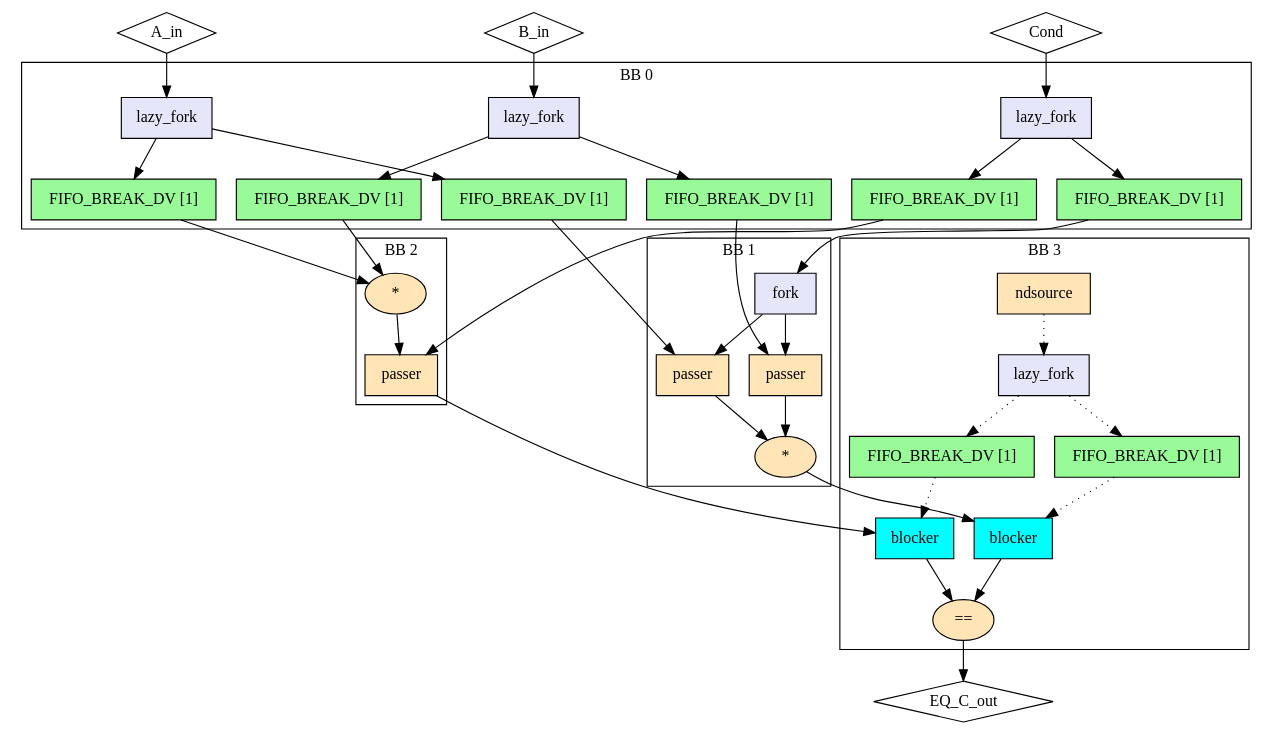
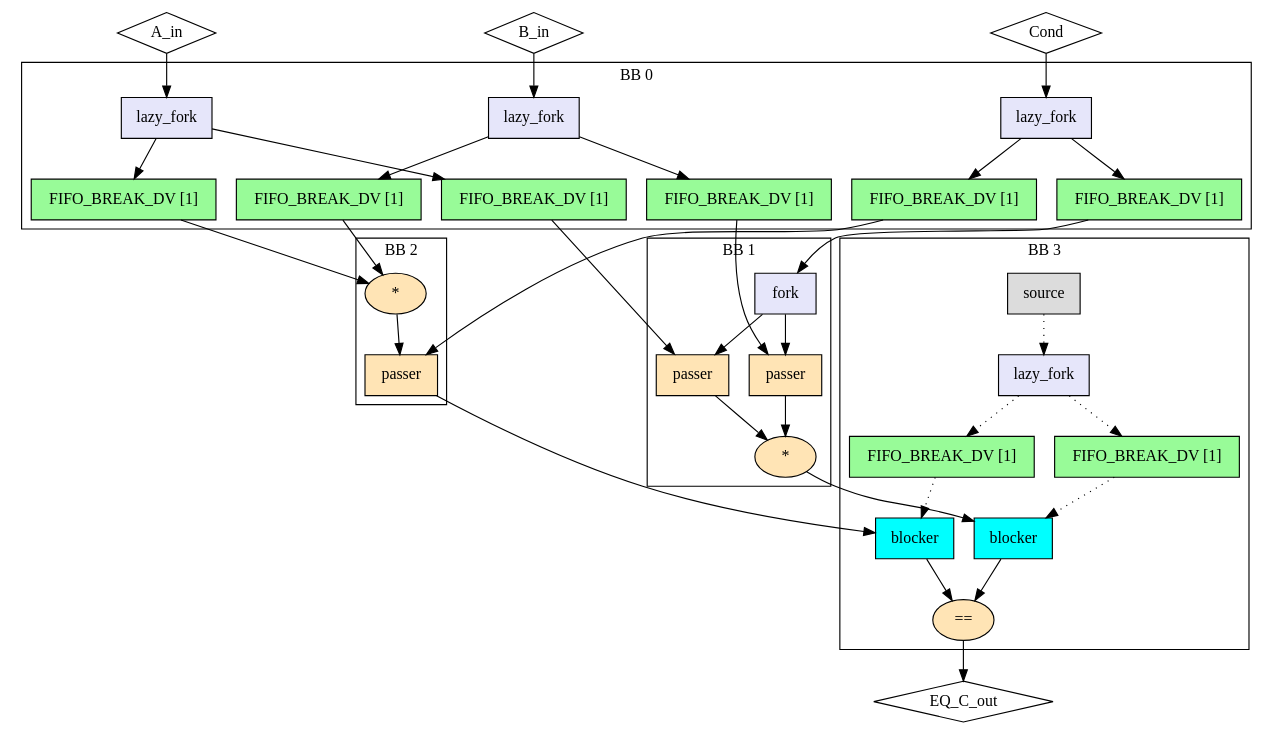
One commit to EPFL-LAP/dynamatic changed the diagram in experimental/tools/elastic-miter/out/sup_mul/miter/model.dot. Above: the diagram before and after it, drawn with Graphviz. The commit also changed 415 other files, not shown here.

```diff
--- a/experimental/tools/elastic-miter/out/sup_mul/miter/model.dot
+++ b/experimental/tools/elastic-miter/out/sup_mul/miter/model.dot
@@ -1,72 +1,72 @@
 Digraph G {
   splines=spline
   compound=true
   "A_in" ["style"="solid", "shape"="diamond", "label"="A_in", "mlir_op"="handshake.func"]
   "B_in" ["style"="solid", "shape"="diamond", "label"="B_in", "mlir_op"="handshake.func"]
   "Cond" ["style"="solid", "shape"="diamond", "label"="Cond", "mlir_op"="handshake.func"]
   "EQ_C_out" ["style"="solid", "shape"="diamond", "label"="EQ_C_out", "mlir_op"="handshake.func"]
   "A_in" -> "in_fork_A_in" ["dir"="both", "style"="solid", "arrowhead"="normal", "from_idx"="0", "to"="ins", "arrowtail"="none", "from"="A_in", "to_idx"="0"]
   "B_in" -> "in_fork_B_in" ["dir"="both", "style"="solid", "arrowhead"="normal", "from_idx"="1", "to"="ins", "arrowtail"="none", "from"="B_in", "to_idx"="0"]
   "Cond" -> "in_fork_Cond" ["dir"="both", "style"="solid", "arrowhead"="normal", "from_idx"="2", "to"="ins", "arrowtail"="none", "from"="Cond", "to_idx"="0"]
   "lhs_in_buf_A_in" -> "lhs_passer1" ["dir"="both", "style"="solid", "arrowhead"="normal", "from_idx"="0", "to"="data", "arrowtail"="none", "from"="outs", "to_idx"="0"]
   "rhs_in_buf_A_in" -> "rhs_muli" ["dir"="both", "style"="solid", "arrowhead"="normal", "from_idx"="0", "to"="lhs", "arrowtail"="none", "from"="outs", "to_idx"="0"]
   "lhs_in_buf_B_in" -> "lhs_passer2" ["dir"="both", "style"="solid", "arrowhead"="normal", "from_idx"="0", "to"="data", "arrowtail"="none", "from"="outs", "to_idx"="0"]
   "rhs_in_buf_B_in" -> "rhs_muli" ["dir"="both", "style"="solid", "arrowhead"="normal", "from_idx"="0", "to"="rhs", "arrowtail"="none", "from"="outs", "to_idx"="1"]
   "lhs_in_buf_Cond" -> "lhs_fork_cond" ["dir"="both", "style"="solid", "arrowhead"="normal", "from_idx"="0", "to"="ins", "arrowtail"="none", "from"="outs", "to_idx"="0"]
   "rhs_in_buf_Cond" -> "rhs_passer1" ["dir"="both", "style"="solid", "arrowhead"="normal", "from_idx"="0", "to"="ctrl", "arrowtail"="none", "from"="outs", "to_idx"="1"]
   "out_eq_C_out" -> "EQ_C_out" ["dir"="both", "style"="solid", "arrowhead"="normal", "from_idx"="0", "to"="EQ_C_out", "arrowtail"="none", "from"="result", "to_idx"="0"]
   "lhs_muli" -> "lhs_out_bl_C_out" ["dir"="both", "style"="solid", "arrowhead"="normal", "from_idx"="0", "to"="ins", "arrowtail"="none", "from"="result", "to_idx"="0"]
   "rhs_passer1" -> "rhs_out_bl_C_out" ["dir"="both", "style"="solid", "arrowhead"="normal", "from_idx"="0", "to"="ins", "arrowtail"="none", "from"="result", "to_idx"="0"]
   subgraph cluster0 {
     graph ["label"="BB 0"]
     "in_fork_A_in" ["style"="filled", "fillcolor"="lavender", "shape"="box", "label"="lazy_fork", "mlir_op"="handshake.lazy_fork"]
     "lhs_in_buf_A_in" ["style"="filled", "fillcolor"="palegreen", "shape"="box", "label"="FIFO_BREAK_DV [1]", "mlir_op"="handshake.buffer"]
     "rhs_in_buf_A_in" ["style"="filled", "fillcolor"="palegreen", "shape"="box", "label"="FIFO_BREAK_DV [1]", "mlir_op"="handshake.buffer"]
     "in_fork_B_in" ["style"="filled", "fillcolor"="lavender", "shape"="box", "label"="lazy_fork", "mlir_op"="handshake.lazy_fork"]
     "lhs_in_buf_B_in" ["style"="filled", "fillcolor"="palegreen", "shape"="box", "label"="FIFO_BREAK_DV [1]", "mlir_op"="handshake.buffer"]
     "rhs_in_buf_B_in" ["style"="filled", "fillcolor"="palegreen", "shape"="box", "label"="FIFO_BREAK_DV [1]", "mlir_op"="handshake.buffer"]
     "in_fork_Cond" ["style"="filled", "fillcolor"="lavender", "shape"="box", "label"="lazy_fork", "mlir_op"="handshake.lazy_fork"]
     "lhs_in_buf_Cond" ["style"="filled", "fillcolor"="palegreen", "shape"="box", "label"="FIFO_BREAK_DV [1]", "mlir_op"="handshake.buffer"]
     "rhs_in_buf_Cond" ["style"="filled", "fillcolor"="palegreen", "shape"="box", "label"="FIFO_BREAK_DV [1]", "mlir_op"="handshake.buffer"]
     "in_fork_A_in" -> "lhs_in_buf_A_in" ["dir"="both", "style"="solid", "arrowhead"="normal", "from_idx"="0", "to"="ins", "arrowtail"="none", "from"="outs_0", "to_idx"="0"]
     "in_fork_A_in" -> "rhs_in_buf_A_in" ["dir"="both", "style"="solid", "arrowhead"="normal", "from_idx"="1", "to"="ins", "arrowtail"="none", "from"="outs_1", "to_idx"="0"]
     "in_fork_B_in" -> "lhs_in_buf_B_in" ["dir"="both", "style"="solid", "arrowhead"="normal", "from_idx"="0", "to"="ins", "arrowtail"="none", "from"="outs_0", "to_idx"="0"]
     "in_fork_B_in" -> "rhs_in_buf_B_in" ["dir"="both", "style"="solid", "arrowhead"="normal", "from_idx"="1", "to"="ins", "arrowtail"="none", "from"="outs_1", "to_idx"="0"]
     "in_fork_Cond" -> "lhs_in_buf_Cond" ["dir"="both", "style"="solid", "arrowhead"="normal", "from_idx"="0", "to"="ins", "arrowtail"="none", "from"="outs_0", "to_idx"="0"]
     "in_fork_Cond" -> "rhs_in_buf_Cond" ["dir"="both", "style"="solid", "arrowhead"="normal", "from_idx"="1", "to"="ins", "arrowtail"="none", "from"="outs_1", "to_idx"="0"]
   }
   subgraph cluster3 {
     graph ["label"="BB 3"]
-    "out_nds_C_out" ["style"="filled", "fillcolor"="moccasin", "shape"="box", "label"="ndsource", "mlir_op"="handshake.ndsource"]
+    "out_src_C_out" ["style"="filled", "fillcolor"="gainsboro", "shape"="box", "label"="source", "mlir_op"="handshake.source"]
     "out_lf_C_out" ["style"="filled", "fillcolor"="lavender", "shape"="box", "label"="lazy_fork", "mlir_op"="handshake.lazy_fork"]
     "out_buf_lhs_nds_C_out" ["style"="filled", "fillcolor"="palegreen", "shape"="box", "label"="FIFO_BREAK_DV [1]", "mlir_op"="handshake.buffer"]
     "out_buf_rhs_nds_C_out" ["style"="filled", "fillcolor"="palegreen", "shape"="box", "label"="FIFO_BREAK_DV [1]", "mlir_op"="handshake.buffer"]
     "lhs_out_bl_C_out" ["style"="filled", "fillcolor"="cyan", "shape"="box", "label"="blocker", "mlir_op"="handshake.blocker"]
     "rhs_out_bl_C_out" ["style"="filled", "fillcolor"="cyan", "shape"="box", "label"="blocker", "mlir_op"="handshake.blocker"]
     "out_eq_C_out" ["style"="filled", "fillcolor"="moccasin", "shape"="oval", "label"="==", "mlir_op"="handshake.cmpi=="]
-    "out_nds_C_out" -> "out_lf_C_out" ["dir"="both", "style"="dotted", "arrowhead"="normal", "from_idx"="0", "to"="ins", "arrowtail"="none", "from"="result", "to_idx"="0"]
+    "out_src_C_out" -> "out_lf_C_out" ["dir"="both", "style"="dotted", "arrowhead"="normal", "from_idx"="0", "to"="ins", "arrowtail"="none", "from"="outs", "to_idx"="0"]
     "out_lf_C_out" -> "out_buf_lhs_nds_C_out" ["dir"="both", "style"="dotted", "arrowhead"="normal", "from_idx"="0", "to"="ins", "arrowtail"="none", "from"="outs_0", "to_idx"="0"]
     "out_lf_C_out" -> "out_buf_rhs_nds_C_out" ["dir"="both", "style"="dotted", "arrowhead"="normal", "from_idx"="1", "to"="ins", "arrowtail"="none", "from"="outs_1", "to_idx"="0"]
     "out_buf_lhs_nds_C_out" -> "lhs_out_bl_C_out" ["dir"="both", "style"="dotted", "arrowhead"="normal", "from_idx"="0", "to"="ctrl", "arrowtail"="none", "from"="outs", "to_idx"="1"]
     "out_buf_rhs_nds_C_out" -> "rhs_out_bl_C_out" ["dir"="both", "style"="dotted", "arrowhead"="normal", "from_idx"="0", "to"="ctrl", "arrowtail"="none", "from"="outs", "to_idx"="1"]
     "lhs_out_bl_C_out" -> "out_eq_C_out" ["dir"="both", "style"="solid", "arrowhead"="normal", "from_idx"="0", "to"="lhs", "arrowtail"="none", "from"="outs", "to_idx"="0"]
     "rhs_out_bl_C_out" -> "out_eq_C_out" ["dir"="both", "style"="solid", "arrowhead"="normal", "from_idx"="0", "to"="rhs", "arrowtail"="none", "from"="outs", "to_idx"="1"]
   }
   subgraph cluster1 {
     graph ["label"="BB 1"]
     "lhs_fork_cond" ["style"="filled", "fillcolor"="lavender", "shape"="box", "label"="fork", "mlir_op"="handshake.fork"]
     "lhs_passer1" ["style"="filled", "fillcolor"="moccasin", "shape"="box", "label"="passer", "mlir_op"="handshake.passer"]
     "lhs_passer2" ["style"="filled", "fillcolor"="moccasin", "shape"="box", "label"="passer", "mlir_op"="handshake.passer"]
     "lhs_muli" ["style"="filled", "fillcolor"="moccasin", "shape"="oval", "label"="*", "mlir_op"="handshake.muli"]
     "lhs_fork_cond" -> "lhs_passer1" ["dir"="both", "style"="solid", "arrowhead"="normal", "from_idx"="0", "to"="ctrl", "arrowtail"="none", "from"="outs_0", "to_idx"="1"]
     "lhs_fork_cond" -> "lhs_passer2" ["dir"="both", "style"="solid", "arrowhead"="normal", "from_idx"="1", "to"="ctrl", "arrowtail"="none", "from"="outs_1", "to_idx"="1"]
     "lhs_passer1" -> "lhs_muli" ["dir"="both", "style"="solid", "arrowhead"="normal", "from_idx"="0", "to"="lhs", "arrowtail"="none", "from"="result", "to_idx"="0"]
     "lhs_passer2" -> "lhs_muli" ["dir"="both", "style"="solid", "arrowhead"="normal", "from_idx"="0", "to"="rhs", "arrowtail"="none", "from"="result", "to_idx"="1"]
   }
   subgraph cluster2 {
     graph ["label"="BB 2"]
     "rhs_muli" ["style"="filled", "fillcolor"="moccasin", "shape"="oval", "label"="*", "mlir_op"="handshake.muli"]
     "rhs_passer1" ["style"="filled", "fillcolor"="moccasin", "shape"="box", "label"="passer", "mlir_op"="handshake.passer"]
     "rhs_muli" -> "rhs_passer1" ["dir"="both", "style"="solid", "arrowhead"="normal", "from_idx"="0", "to"="data", "arrowtail"="none", "from"="result", "to_idx"="0"]
   }
 }
```
